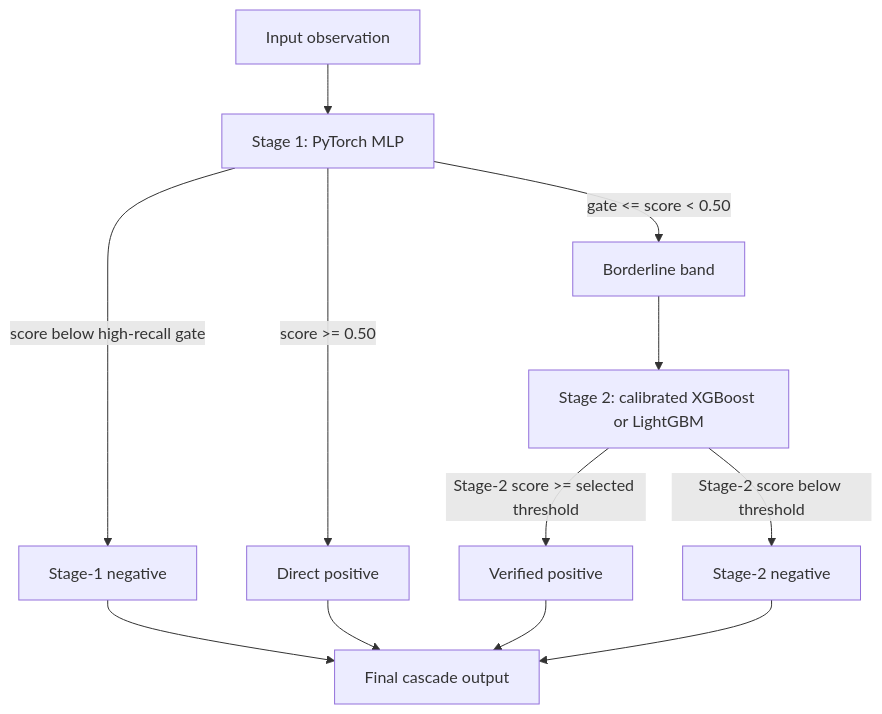
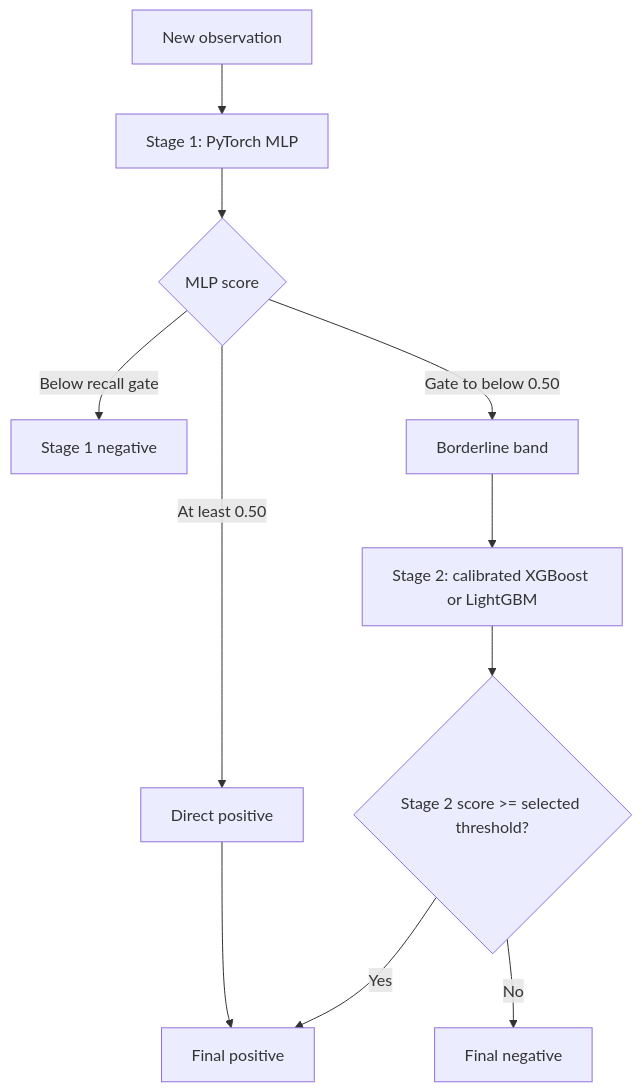
Before and after one commit to Harshithpatali/cardiorisk-ai: the first of 3 diagrams in README.md, drawn with Mermaid. The commit also changed other lines of this file, not shown here.

Commit message:
docs: explain recall-first two-tier model and evaluation

````diff
--- a/README.md
+++ b/README.md
@@ -27,14 +23,13 @@
 ```mermaid
 flowchart TD
-    A[Input observation] --> B[Stage 1: PyTorch MLP]
-    B -->|score below high-recall gate| C[Stage-1 negative]
-    B -->|gate <= score < 0.50| D[Borderline band]
-    B -->|score >= 0.50| E[Direct positive]
-    D --> F[Stage 2: calibrated XGBoost or LightGBM]
-    F -->|Stage-2 score >= selected threshold| G[Verified positive]
-    F -->|Stage-2 score below threshold| H[Stage-2 negative]
-    C --> I[Final cascade output]
-    E --> I
-    G --> I
-    H --> I
+    A[New observation] --> B[Stage 1: PyTorch MLP]
+    B --> C{MLP score}
+    C -->|Below recall gate| D[Stage 1 negative]
+    C -->|Gate to below 0.50| E[Borderline band]
+    C -->|At least 0.50| F[Direct positive]
+    E --> G[Stage 2: calibrated XGBoost or LightGBM]
+    G --> H{Stage 2 score >= selected threshold?}
+    H -->|Yes| I[Final positive]
+    H -->|No| J[Final negative]
+    F --> I
 ```
````
